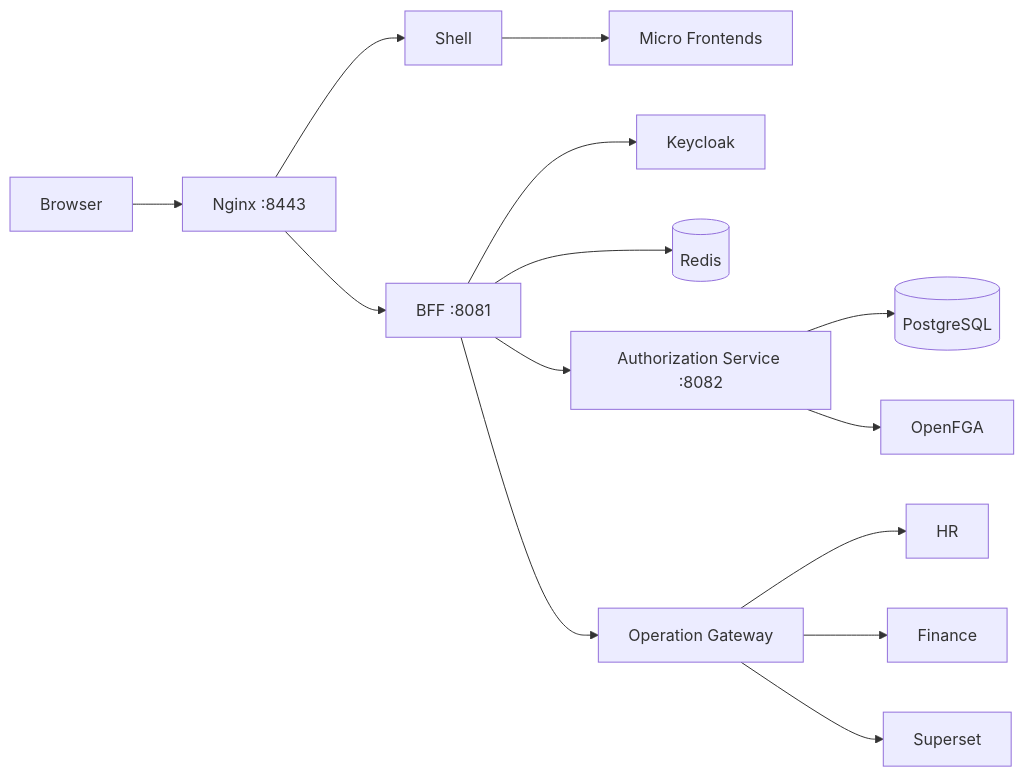
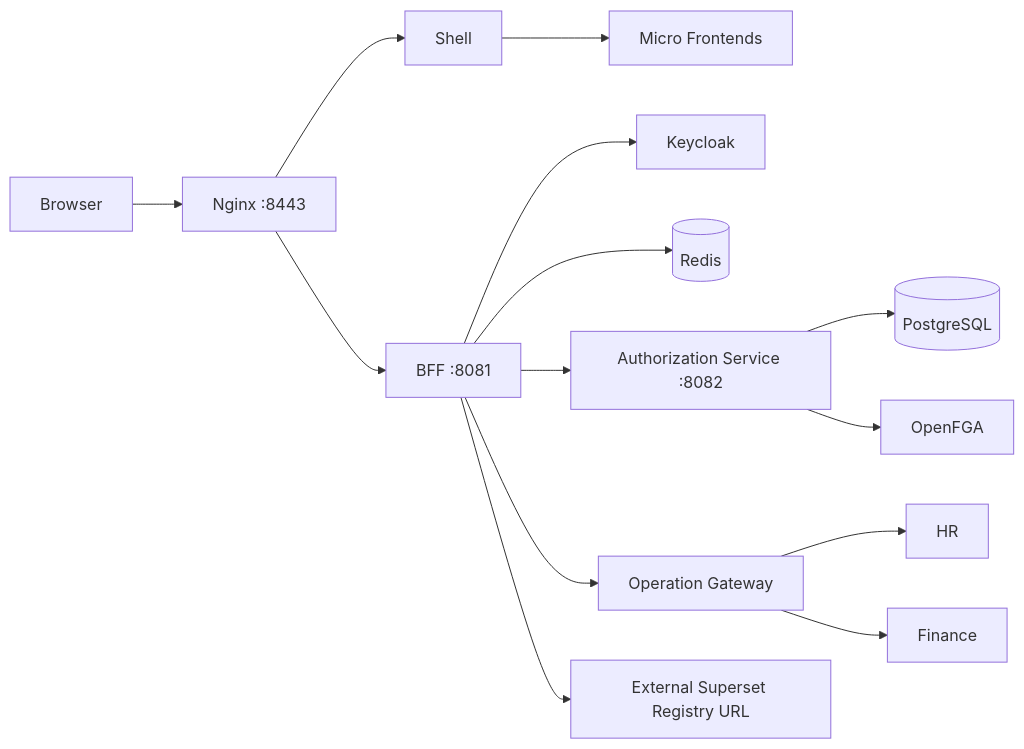
Before and after one commit to mahdiporkar/aurevia-super-app: the diagram in docs/technical-team-zero-to-production-fa.md, drawn with Mermaid. The commit also changed other lines of this file and 58 other files, not shown here.

````diff
--- a/docs/technical-team-zero-to-production-fa.md
+++ b/docs/technical-team-zero-to-production-fa.md
@@ -11,16 +11,16 @@
 ```mermaid
 flowchart LR
   U[Browser] --> N[Nginx :8443]
   N --> SH[Shell]
   SH --> MF[Micro Frontends]
   N --> B[BFF :8081]
   B --> K[Keycloak]
   B --> R[(Redis)]
   B --> A[Authorization Service :8082]
   A --> P[(PostgreSQL)]
   A --> F[OpenFGA]
   B --> G[Operation Gateway]
+  B --> SU[External Superset Registry URL]
   G --> HR[HR]
   G --> FI[Finance]
-  G --> SU[Superset]
 ```
````
